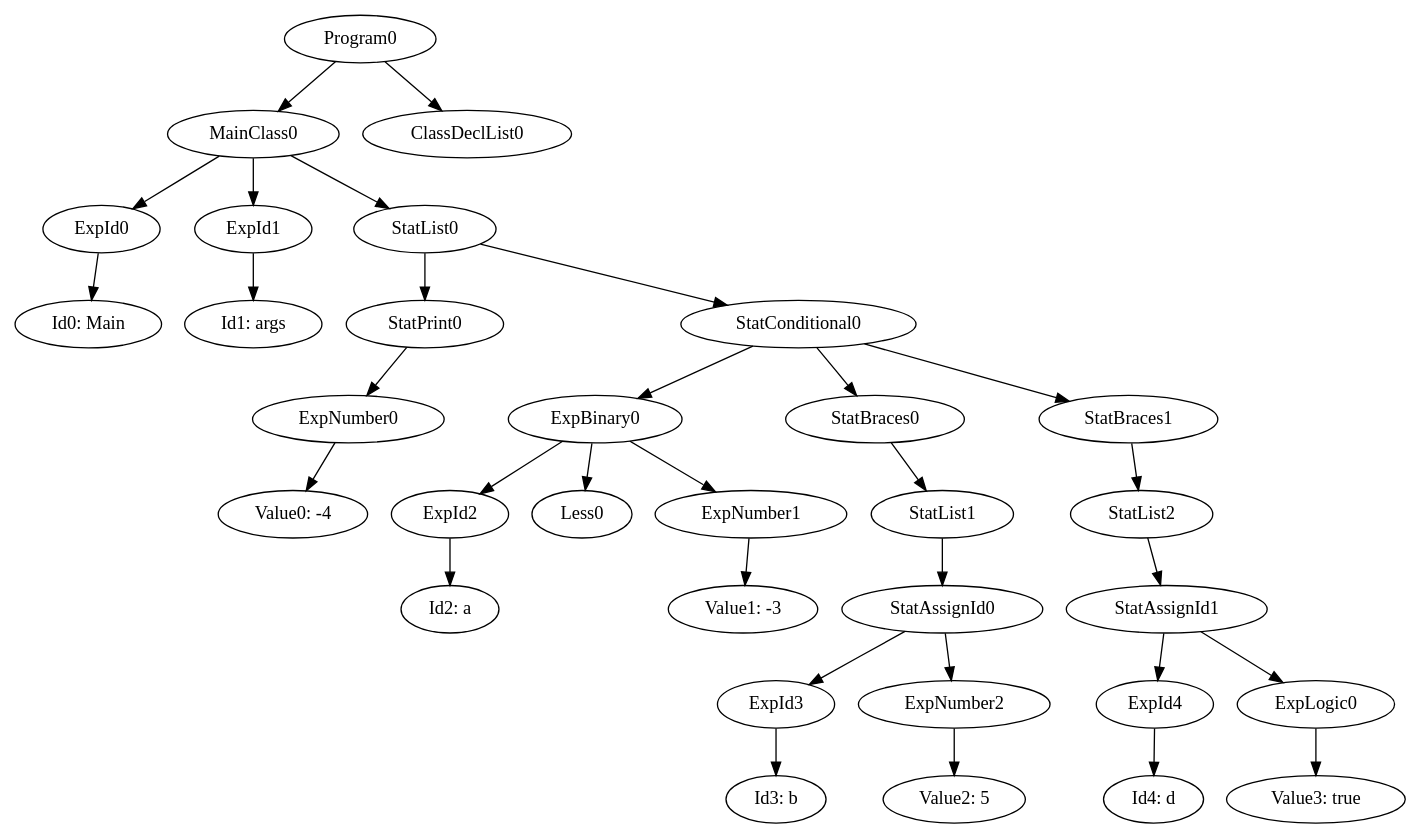
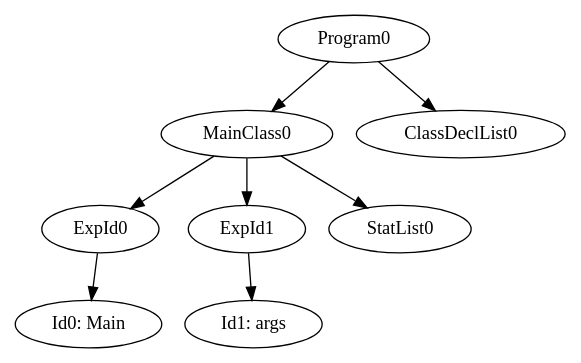
One commit to team-compilers/compilers changed the diagram in MiniJava/tmp/dull.gv. Above: the diagram before and after it, drawn with Graphviz. The commit also changed 10 other files, not shown here.

```diff
--- a/MiniJava/tmp/dull.gv
+++ b/MiniJava/tmp/dull.gv
@@ -1,34 +1,10 @@
 digraph {
 	ordering = out;
+	ExpId1 -> "Id1: args";
 	Program0 -> MainClass0;
 	Program0 -> ClassDeclList0;
-	StatBraces1 -> StatList2;
-	StatList2 -> StatAssignId1;
-	ExpId4 -> "Id4: d";
-	StatBraces0 -> StatList1;
-	StatAssignId1 -> ExpId4;
-	StatAssignId1 -> ExpLogic0;
-	StatList1 -> StatAssignId0;
-	ExpId3 -> "Id3: b";
-	ExpNumber0 -> "Value0: -4";
-	ExpNumber2 -> "Value2: 5";
-	ExpBinary0 -> ExpId2;
-	ExpBinary0 -> Less0;
-	ExpBinary0 -> ExpNumber1;
-	StatAssignId0 -> ExpId3;
-	StatAssignId0 -> ExpNumber2;
-	ExpNumber1 -> "Value1: -3";
-	ExpId1 -> "Id1: args";
-	ExpId0 -> "Id0: Main";
 	MainClass0 -> ExpId0;
 	MainClass0 -> ExpId1;
 	MainClass0 -> StatList0;
-	StatPrint0 -> ExpNumber0;
-	ExpLogic0 -> "Value3: true";
-	StatList0 -> StatPrint0;
-	StatList0 -> StatConditional0;
-	ExpId2 -> "Id2: a";
-	StatConditional0 -> ExpBinary0;
-	StatConditional0 -> StatBraces0;
-	StatConditional0 -> StatBraces1;
+	ExpId0 -> "Id0: Main";
 }
```
